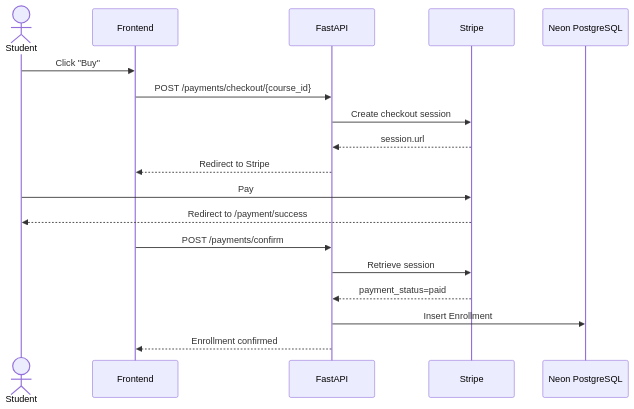
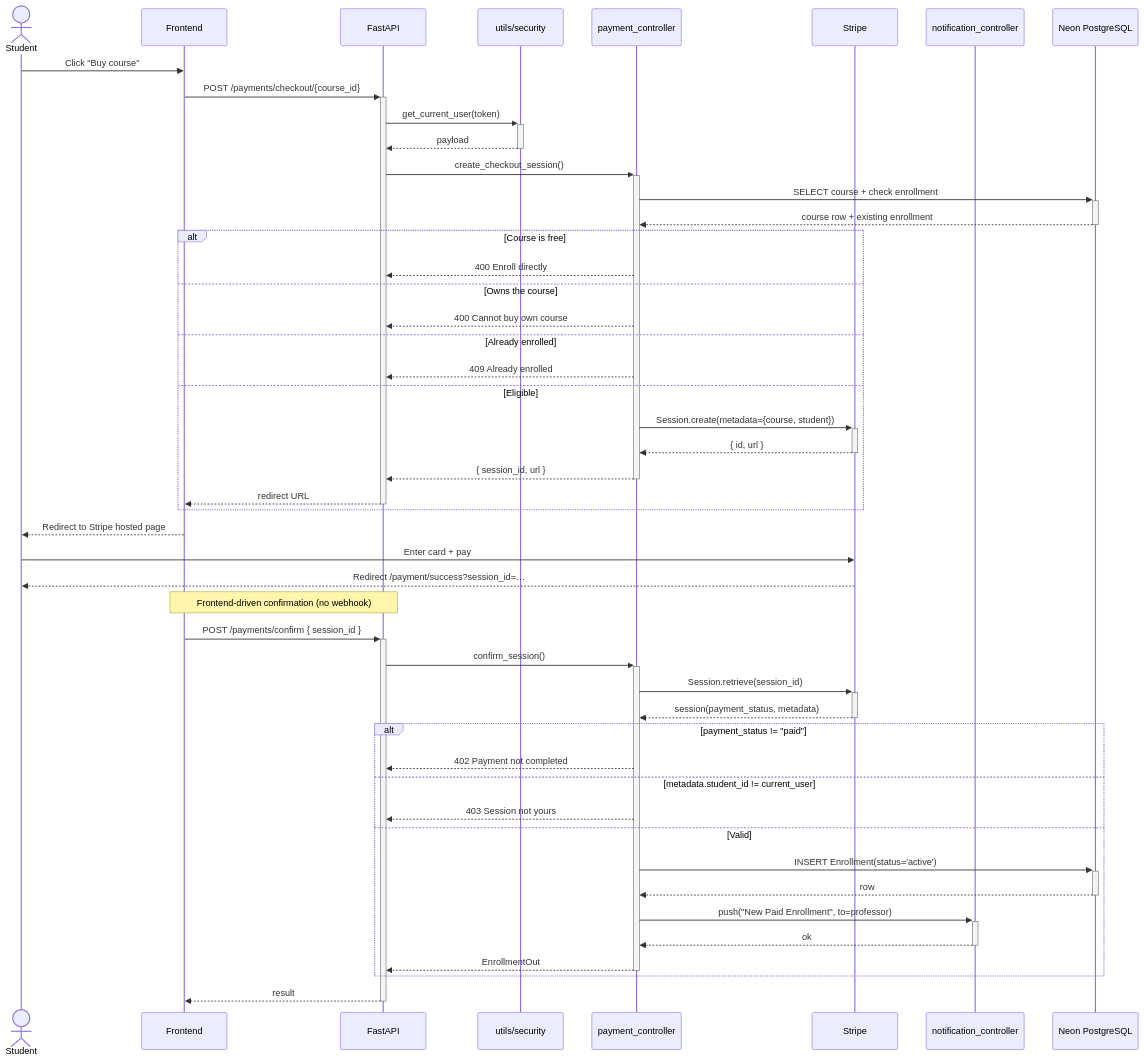
One commit to yazidha09/Hub4Learners changed the fourth of 6 diagrams in docs/sprints/SPRINT_6.md. Above: the diagram before and after it, drawn with Mermaid. The commit also changed other lines of this file and 5 other files, not shown here.

````diff
--- a/docs/sprints/SPRINT_6.md
+++ b/docs/sprints/SPRINT_6.md
@@ -178,23 +178,54 @@
 ```mermaid
 sequenceDiagram
     actor Student
     participant Frontend
     participant API as FastAPI
+    participant Sec as utils/security
+    participant Pay as payment_controller
     participant Stripe
+    participant Notif as notification_controller
     participant DB as Neon PostgreSQL
 
-    Student->>Frontend: Click "Buy"
-    Frontend->>API: POST /payments/checkout/{course_id}
-    API->>Stripe: Create checkout session
-    Stripe-->>API: session.url
-    API-->>Frontend: Redirect to Stripe
+    Student->>Frontend: Click "Buy course"
+    Frontend->>+API: POST /payments/checkout/{course_id}
+    API->>+Sec: get_current_user(token)
+    Sec-->>-API: payload
+    API->>+Pay: create_checkout_session()
+    Pay->>+DB: SELECT course + check enrollment
+    DB-->>-Pay: course row + existing enrollment
+    alt Course is free
+        Pay-->>API: 400 Enroll directly
+    else Owns the course
+        Pay-->>API: 400 Cannot buy own course
+    else Already enrolled
+        Pay-->>API: 409 Already enrolled
+    else Eligible
+        Pay->>+Stripe: Session.create(metadata={course, student})
+        Stripe-->>-Pay: { id, url }
+        Pay-->>-API: { session_id, url }
+        API-->>-Frontend: redirect URL
+    end
 
-    Student->>Stripe: Pay
-    Stripe-->>Student: Redirect to /payment/success
+    Frontend-->>Student: Redirect to Stripe hosted page
+    Student->>Stripe: Enter card + pay
+    Stripe-->>Student: Redirect /payment/success?session_id=…
 
-    Frontend->>API: POST /payments/confirm
-    API->>Stripe: Retrieve session
-    Stripe-->>API: payment_status=paid
-    API->>DB: Insert Enrollment
-    API-->>Frontend: Enrollment confirmed
+    Note over Frontend,API: Frontend-driven confirmation (no webhook)
+
+    Frontend->>+API: POST /payments/confirm { session_id }
+    API->>+Pay: confirm_session()
+    Pay->>+Stripe: Session.retrieve(session_id)
+    Stripe-->>-Pay: session(payment_status, metadata)
+    alt payment_status != "paid"
+        Pay-->>API: 402 Payment not completed
+    else metadata.student_id != current_user
+        Pay-->>API: 403 Session not yours
+    else Valid
+        Pay->>+DB: INSERT Enrollment(status='active')
+        DB-->>-Pay: row
+        Pay->>+Notif: push("New Paid Enrollment", to=professor)
+        Notif-->>-Pay: ok
+        Pay-->>-API: EnrollmentOut
+    end
+    API-->>-Frontend: result
 ```
````
